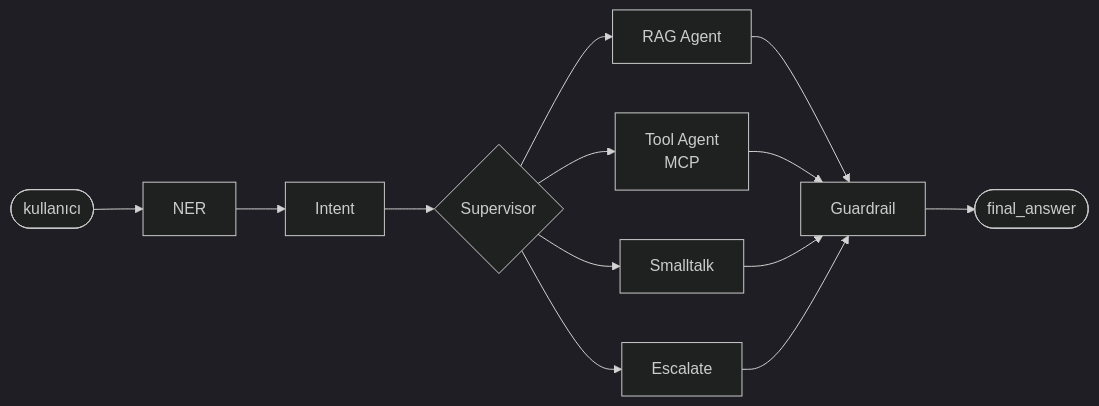
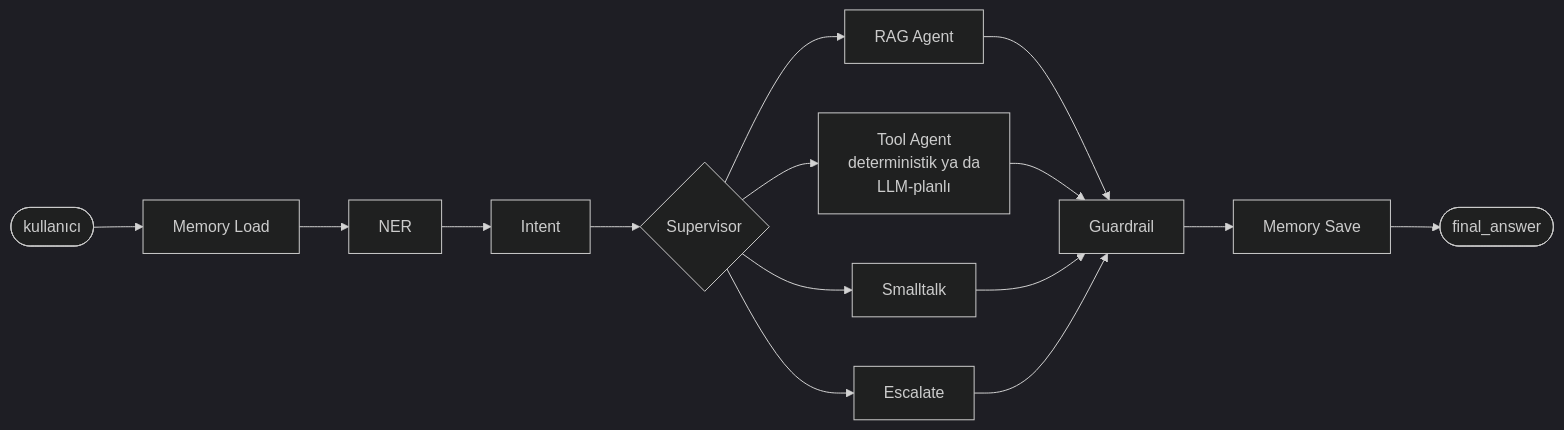
The diagram in README.md (ebraronuk/multi-agent-banking-rag), drawn with Mermaid (dark theme) before and after one commit. The commit also changed other lines of this file and 27 other files, not shown here.

````diff
--- a/README.md
+++ b/README.md
@@ -31,13 +77,13 @@
 ```mermaid
 flowchart LR
-    U([kullanıcı]) --> NER[NER] --> INTENT[Intent] --> SUP{Supervisor}
+    U([kullanıcı]) --> MEM[Memory Load] --> NER[NER] --> INTENT[Intent] --> SUP{Supervisor}
     SUP --> RAG[RAG Agent]
-    SUP --> TOOL[Tool Agent<br/>MCP]
+    SUP --> TOOL[Tool Agent<br/>deterministik ya da<br/>LLM-planlı]
     SUP --> CHAT[Smalltalk]
     SUP --> ESC[Escalate]
     RAG --> GUARD[Guardrail]
     TOOL --> GUARD
     CHAT --> GUARD
     ESC --> GUARD
-    GUARD --> R([final_answer])
+    GUARD --> MEMSAVE[Memory Save] --> R([final_answer])
 ```
````
